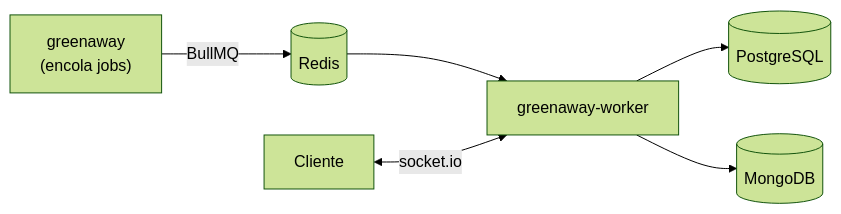
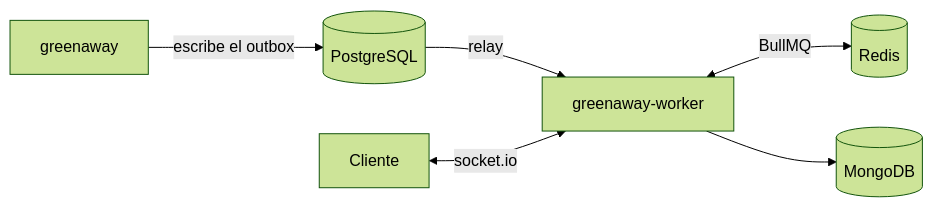
One commit to agustisera1/greenaway-worker changed the diagram in README.md. Above: the diagram before and after it, drawn with Mermaid (forest theme). The commit also changed other lines of this file and 1 other file, not shown here.

Commit message:
docs: README y CLAUDE.md al día con el relay, el outbox y el chat

````diff
--- a/README.md
+++ b/README.md
@@ -19,7 +19,8 @@
 ```mermaid
 flowchart LR
-  APP["greenaway<br/>(encola jobs)"] -->|BullMQ| RD[(Redis)]
-  RD --> WK["greenaway-worker"]
+  APP["greenaway"] -->|escribe el outbox| PG[(PostgreSQL)]
+  PG -->|relay| WK["greenaway-worker"]
+  WK <-->|BullMQ| RD[(Redis)]
   CL[Cliente] <-->|socket.io| WK
-  WK --> PG[(PostgreSQL)] & MG[(MongoDB)]
+  WK --> MG[(MongoDB)]
 ```
````
